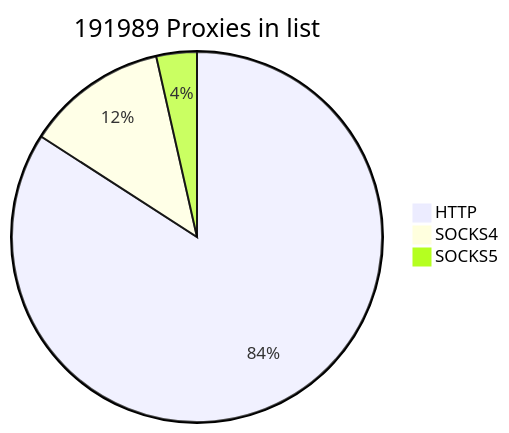
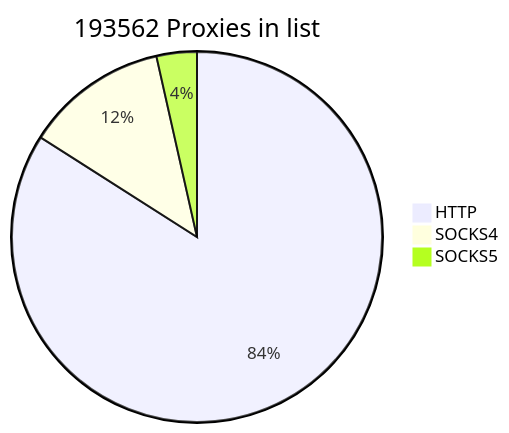
One commit to cutipu/proxylist changed the first of 2 diagrams in README.md. Above: the diagram before and after it, drawn with Mermaid. The commit also changed other lines of this file, not shown here.

````diff
--- a/README.md
+++ b/README.md
@@ -2,7 +2,7 @@
 ```mermaid
-pie title 191989 Proxies in list
-    "HTTP" : 161494
-    "SOCKS4" : 23704
-    "SOCKS5" : 6791
+pie title 193562 Proxies in list
+    "HTTP" : 162635
+    "SOCKS4" : 24117
+    "SOCKS5" : 6810
             
 ```
````
